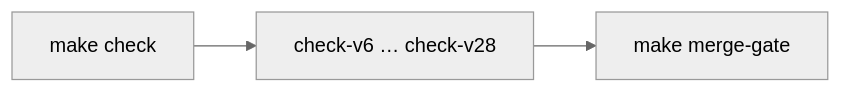
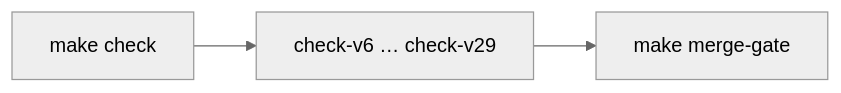
The second of 6 diagrams in README.md (spektre-labs/creation-os), drawn with Mermaid before and after one commit. The commit also changed other lines of this file and 20 other files, not shown here.

````diff
--- a/README.md
+++ b/README.md
@@ -95,6 +95,6 @@
 ```mermaid
 %%{init: {'theme':'neutral'}}%%
 flowchart LR
-  C["make check"] --> M["check-v6 … check-v28"]
+  C["make check"] --> M["check-v6 … check-v29"]
   M --> G["make merge-gate"]
 ```
````
